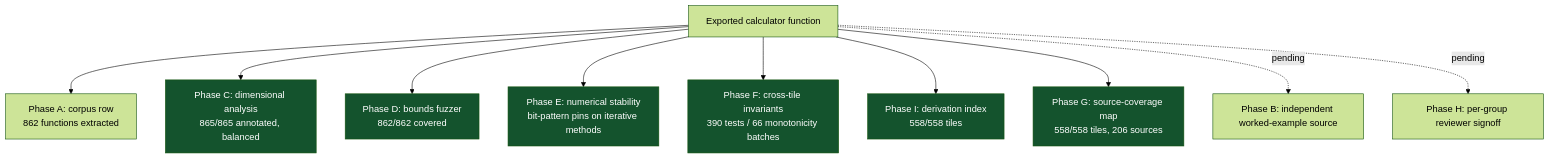
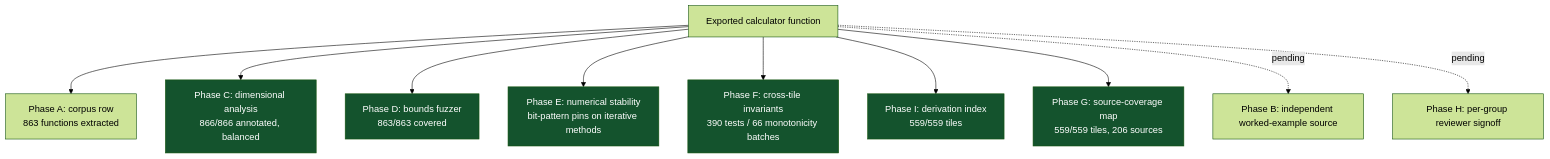
The fourth of 6 diagrams in README.md (clay-good/roughlogic.com), drawn with Mermaid (forest theme) before and after one commit. The commit also changed other lines of this file and 16 other files, not shown here.

````diff
--- a/README.md
+++ b/README.md
@@ -266,18 +268,18 @@
 ```mermaid
 flowchart TB
-    F[Exported calculator function] --> A[Phase A: corpus row\n862 functions extracted]
-    F --> C[Phase C: dimensional analysis\n865/865 annotated, balanced]
-    F --> D[Phase D: bounds fuzzer\n862/862 covered]
+    F[Exported calculator function] --> A[Phase A: corpus row\n863 functions extracted]
+    F --> C[Phase C: dimensional analysis\n866/866 annotated, balanced]
+    F --> D[Phase D: bounds fuzzer\n863/863 covered]
     F --> E[Phase E: numerical stability\nbit-pattern pins on iterative methods]
     F --> Fa[Phase F: cross-tile invariants\n390 tests / 66 monotonicity batches]
-    F --> I[Phase I: derivation index\n558/558 tiles]
-    F --> G[Phase G: source-coverage map\n558/558 tiles, 206 sources]
+    F --> I[Phase I: derivation index\n559/559 tiles]
+    F --> G[Phase G: source-coverage map\n559/559 tiles, 206 sources]
     F -.pending.-> B[Phase B: independent worked-example source]
     F -.pending.-> H[Phase H: per-group reviewer signoff]
     style C fill:#14532d,color:#fff
     style D fill:#14532d,color:#fff
     style E fill:#14532d,color:#fff
     style Fa fill:#14532d,color:#fff
     style G fill:#14532d,color:#fff
     style I fill:#14532d,color:#fff
 ```
````
